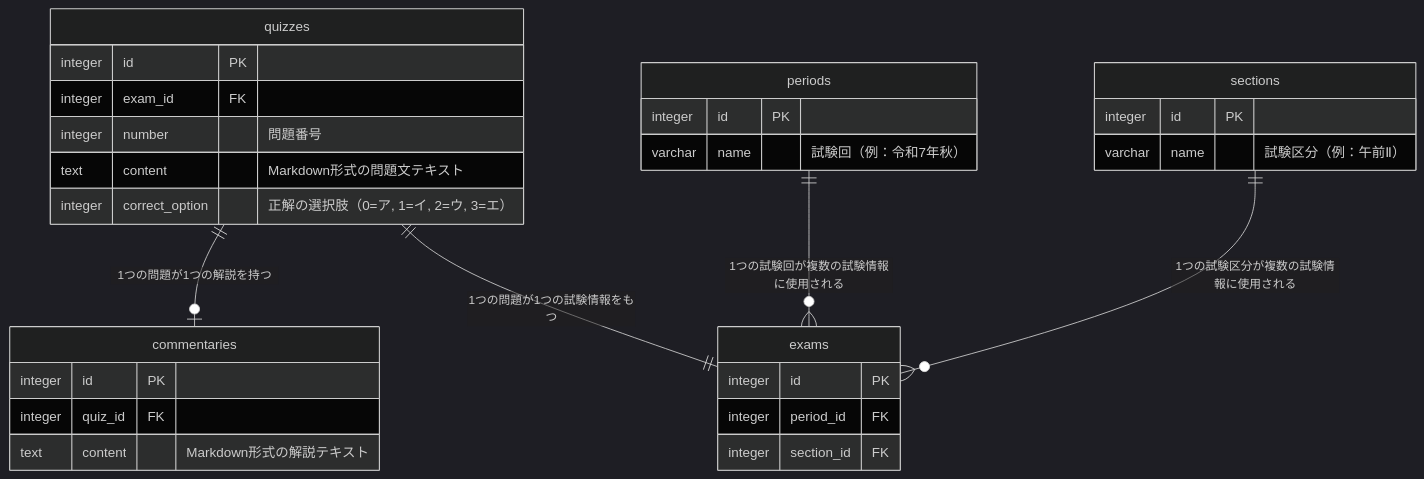
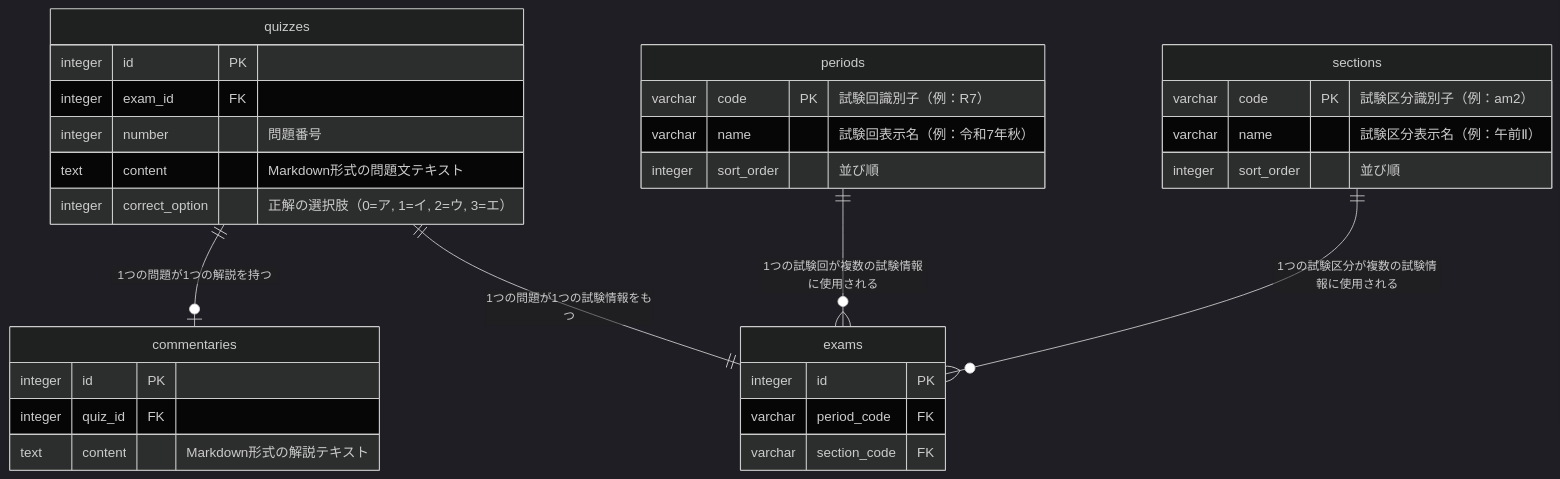
One commit to yutomoritajp/kakomon changed the diagram in docs/v0/s2_basic_design.md. Above: the diagram before and after it, drawn with Mermaid (dark theme). The commit also changed 11 other files, not shown here.

````diff
--- a/docs/v0/s2_basic_design.md
+++ b/docs/v0/s2_basic_design.md
@@ -87,37 +87,39 @@
 ``` mermaid
 erDiagram
   quizzes ||--o| commentaries : "1つの問題が1つの解説を持つ"
   quizzes ||--|| exams: "1つの問題が1つの試験情報をもつ"
   periods ||--o{ exams: "1つの試験回が複数の試験情報に使用される"
   sections ||--o{ exams: "1つの試験区分が複数の試験情報に使用される"
 
 quizzes {
     integer id PK
     integer exam_id FK
     integer number "問題番号"
     text content "Markdown形式の問題文テキスト"
     integer correct_option "正解の選択肢（0=ア, 1=イ, 2=ウ, 3=エ）"
 }
 
 exams {
     integer id PK
-    integer period_id FK
-    integer section_id FK
+    varchar period_code FK
+    varchar section_code FK
 }
 
 periods {
-    integer id PK
-    varchar name "試験回（例：令和7年秋）"
+    varchar code PK "試験回識別子（例：R7）"
+    varchar name "試験回表示名（例：令和7年秋）"
+    integer sort_order "並び順"
 }
 
 sections {
-    integer id PK
-    varchar name "試験区分（例：午前Ⅱ）"
+    varchar code PK "試験区分識別子（例：am2）"
+    varchar name "試験区分表示名（例：午前Ⅱ）"
+    integer sort_order "並び順"
 }
 
 commentaries {
     integer id PK
     integer quiz_id FK
     text content "Markdown形式の解説テキスト"
 }
 ```
````
